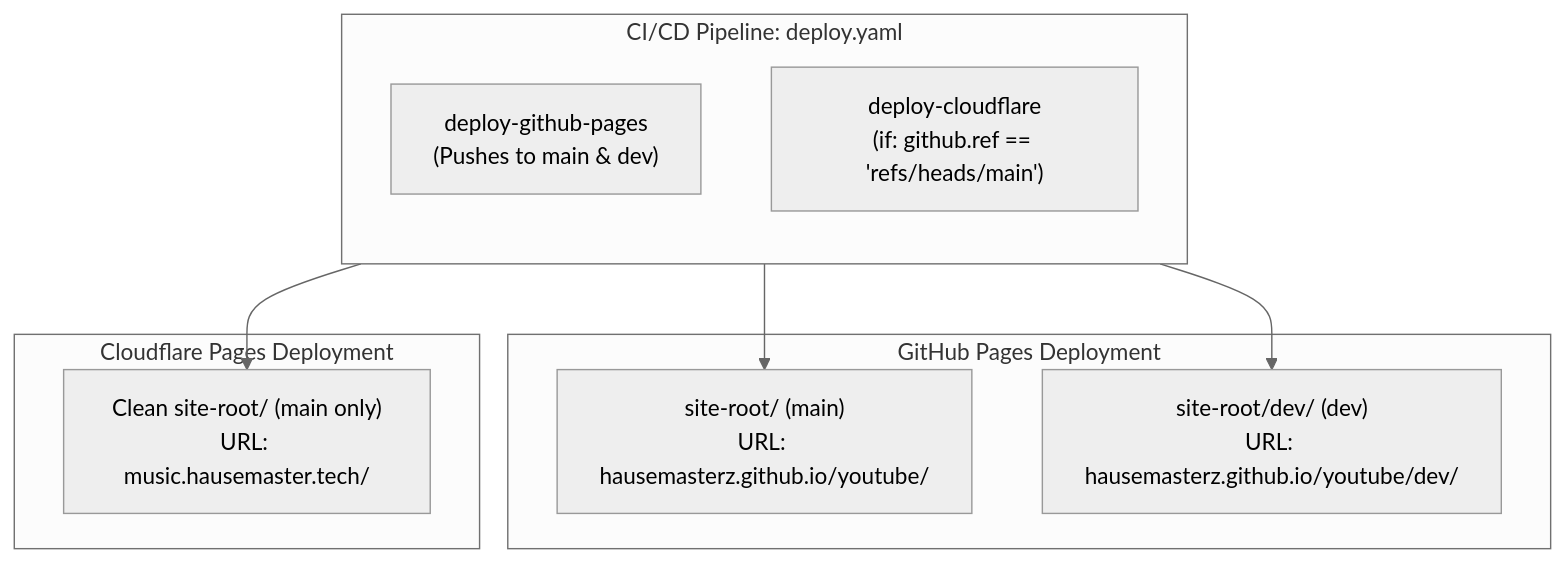
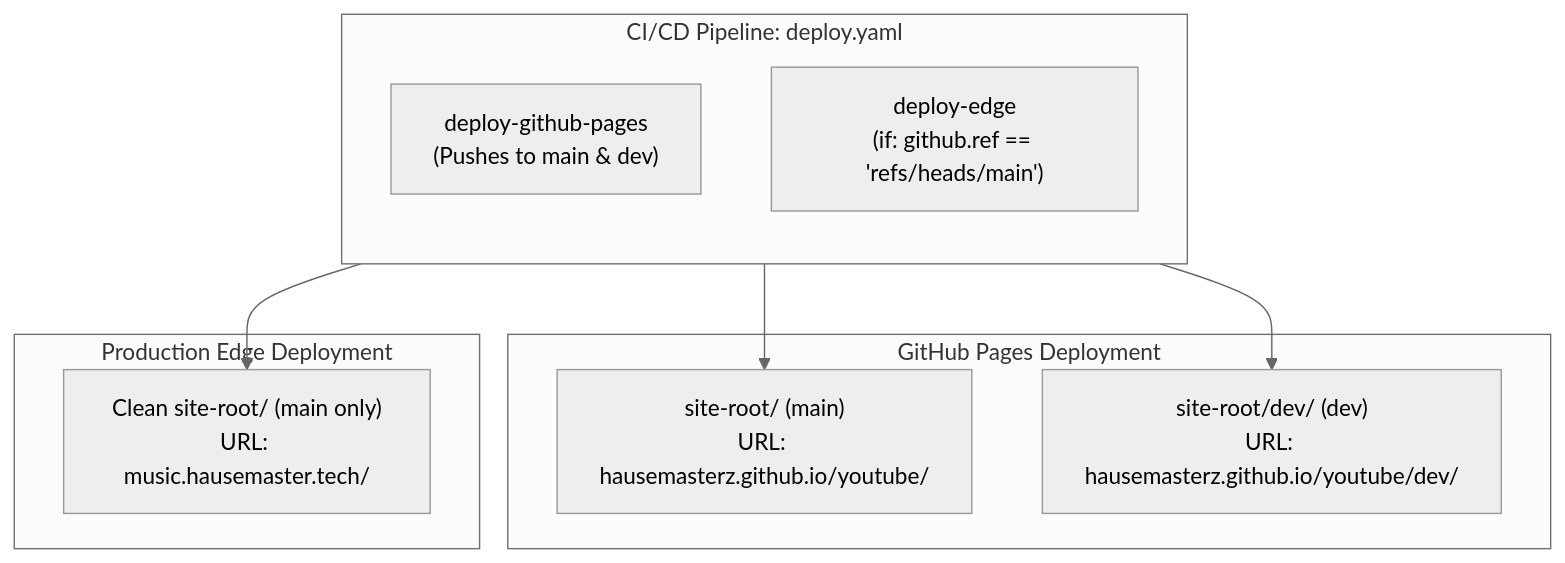
The diagram in docs/superpowers/plans/2026-09-13-branch-routing.md (HauseMasterZ/youtube), drawn with Mermaid (neutral theme) before and after one commit. The commit also changed other lines of this file and 3 other files, not shown here.

````diff
--- a/docs/superpowers/plans/2026-09-13-branch-routing.md
+++ b/docs/superpowers/plans/2026-09-13-branch-routing.md
@@ -11,17 +11,17 @@
 ```mermaid
 graph TD
     subgraph "CI/CD Pipeline: deploy.yaml"
         direction TB
         GHP["deploy-github-pages\n(Pushes to main & dev)"]
-        CFP["deploy-cloudflare\n(if: github.ref == 'refs/heads/main')"]
+        CFP["deploy-edge\n(if: github.ref == 'refs/heads/main')"]
     end
 
     subgraph "GitHub Pages Deployment"
         GHP --> RootSite["site-root/ (main)\nURL: hausemasterz.github.io/youtube/"]
         GHP --> DevSite["site-root/dev/ (dev)\nURL: hausemasterz.github.io/youtube/dev/"]
     end
 
-    subgraph "Cloudflare Pages Deployment"
-        CFP --> CloudflareSite["Clean site-root/ (main only)\nURL: music.hausemaster.tech/"]
+    subgraph "Production Edge Deployment"
+        CFP --> EdgeSite["Clean site-root/ (main only)\nURL: music.hausemaster.tech/"]
     end
 ```
````
